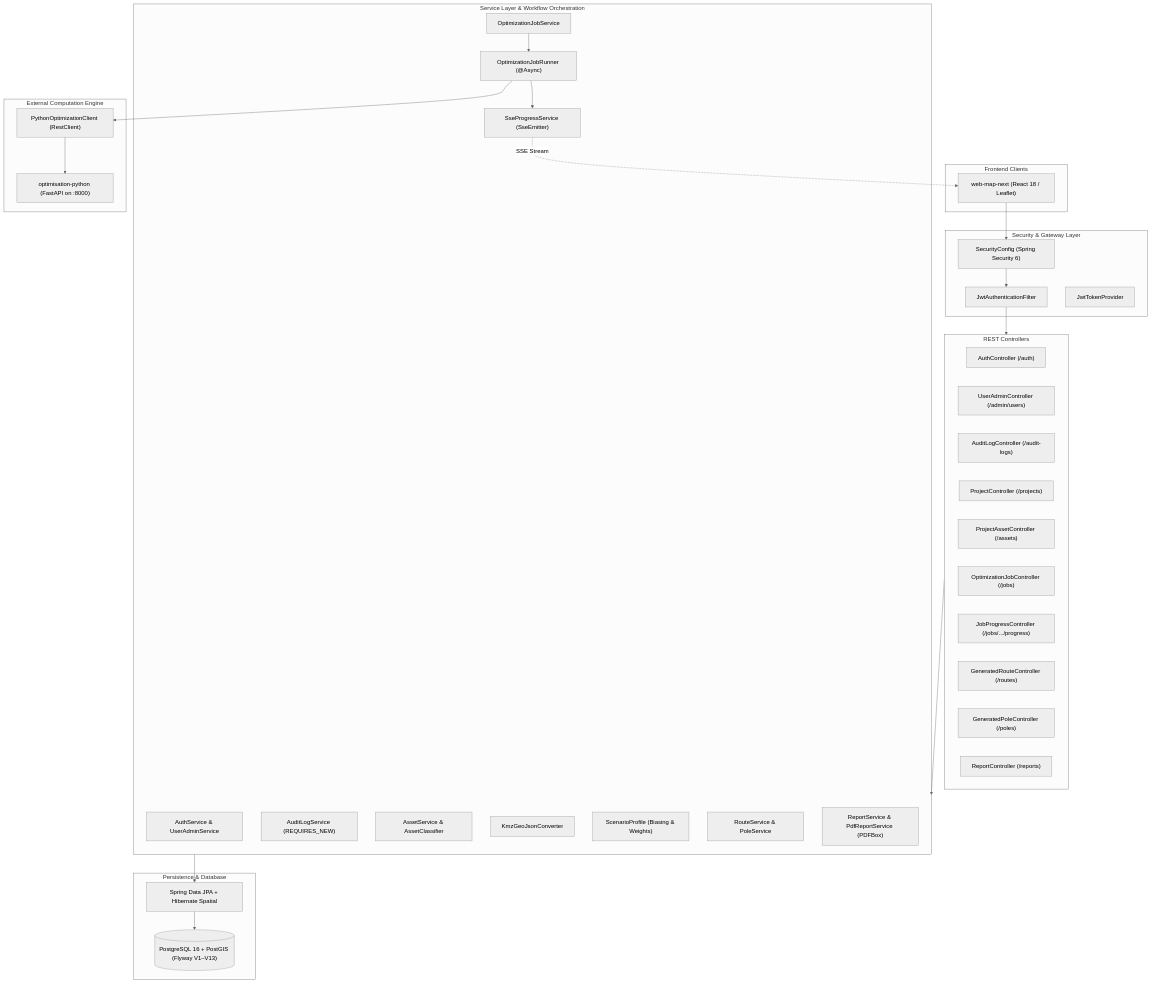
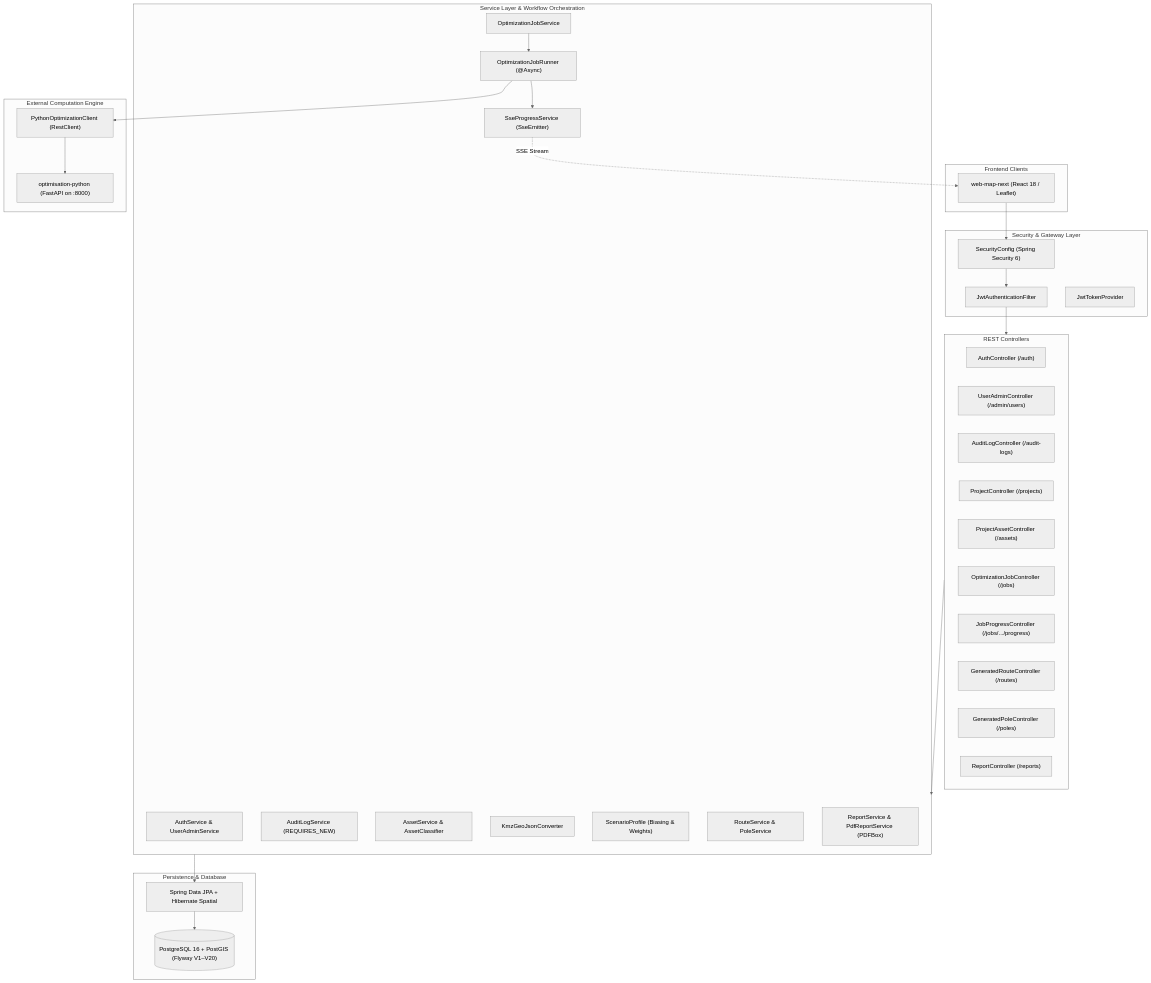
The first of 2 diagrams in obsidian-vault/04-architecture/Backend.md (cookedaryan/surge), drawn with Mermaid (neutral theme) before and after one commit. The commit also changed other lines of this file and 17 other files, not shown here.

````diff
--- a/obsidian-vault/04-architecture/Backend.md
+++ b/obsidian-vault/04-architecture/Backend.md
@@ -6,60 +6,60 @@
 ```mermaid
 graph TD
     subgraph Clients["Frontend Clients"]
         ReactUI["web-map-next (React 18 / Leaflet)"]
     end
 
     subgraph SecurityLayer["Security & Gateway Layer"]
         SecurityConfig["SecurityConfig (Spring Security 6)"]
         JwtFilter["JwtAuthenticationFilter"]
         JwtProvider["JwtTokenProvider"]
     end
 
     subgraph ControllerLayer["REST Controllers"]
         AuthCtrl["AuthController (/auth)"]
         AdminCtrl["UserAdminController (/admin/users)"]
         AuditCtrl["AuditLogController (/audit-logs)"]
         ProjCtrl["ProjectController (/projects)"]
         AssetCtrl["ProjectAssetController (/assets)"]
         JobCtrl["OptimizationJobController (/jobs)"]
         ProgressCtrl["JobProgressController (/jobs/.../progress)"]
         RouteCtrl["GeneratedRouteController (/routes)"]
         PoleCtrl["GeneratedPoleController (/poles)"]
         ReportCtrl["ReportController (/reports)"]
     end
 
     subgraph ServiceLayer["Service Layer & Workflow Orchestration"]
         AuthSvc["AuthService & UserAdminService"]
         AuditSvc["AuditLogService (REQUIRES_NEW)"]
         AssetSvc["AssetService & AssetClassifier"]
         KmzConv["KmzGeoJsonConverter"]
         JobSvc["OptimizationJobService"]
         JobRunner["OptimizationJobRunner (@Async)"]
         SseSvc["SseProgressService (SseEmitter)"]
         ScenarioProf["ScenarioProfile (Biasing & Weights)"]
         RouteSvc["RouteService & PoleService"]
         ReportSvc["ReportService & PdfReportService (PDFBox)"]
     end
 
     subgraph PersistenceLayer["Persistence & Database"]
         SpringData["Spring Data JPA + Hibernate Spatial"]
-        PostGIS[("PostgreSQL 16 + PostGIS (Flyway V1–V13)")]
+        PostGIS[("PostgreSQL 16 + PostGIS (Flyway V1–V20)")]
     end
 
     subgraph External["External Computation Engine"]
         PyClient["PythonOptimizationClient (RestClient)"]
         PyEngine["optimisation-python (FastAPI on :8000)"]
     end
 
     ReactUI --> SecurityConfig
     SecurityConfig --> JwtFilter
     JwtFilter --> ControllerLayer
     ControllerLayer --> ServiceLayer
     JobSvc --> JobRunner
     JobRunner --> PyClient
     JobRunner --> SseSvc
     SseSvc -. SSE Stream .-> ReactUI
     PyClient --> PyEngine
     ServiceLayer --> SpringData
     SpringData --> PostGIS
 ```
````
